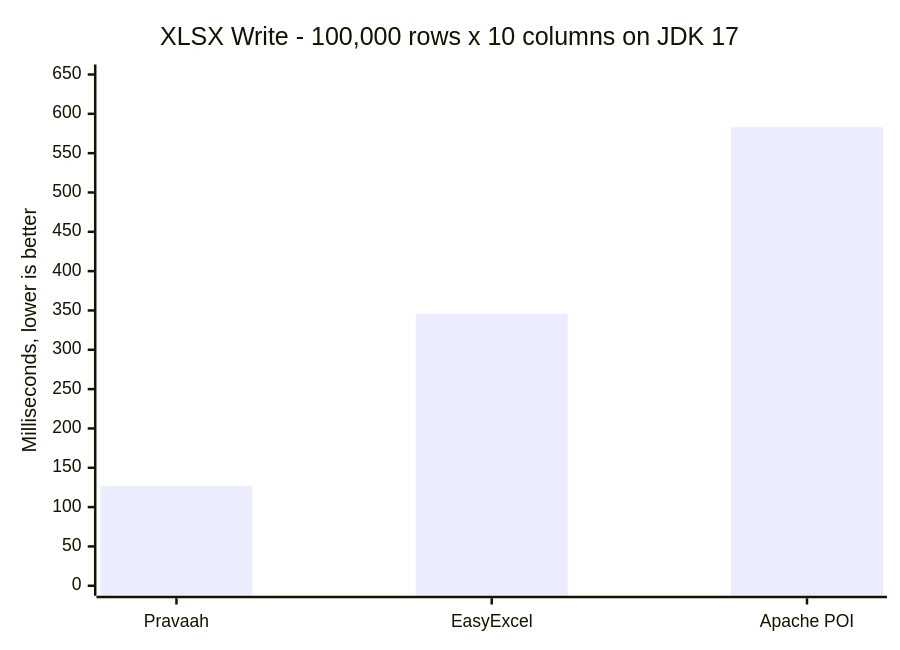
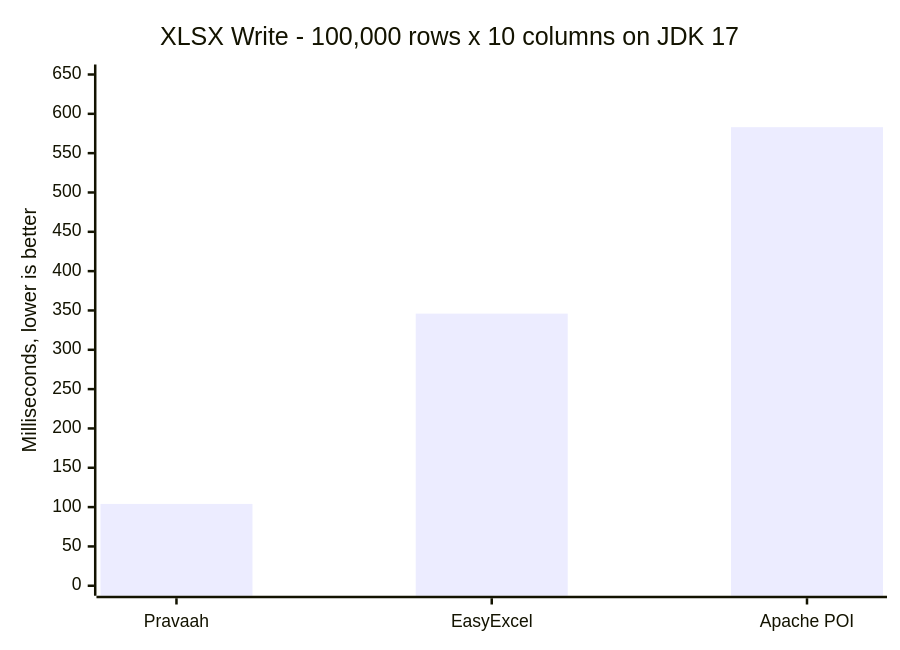
The sixth of 6 diagrams in README.md (beingmartinbmc/pravaah-java), drawn with Mermaid before and after one commit. The commit also changed other lines of this file and 19 other files, not shown here.

````diff
--- a/README.md
+++ b/README.md
@@ -461,7 +461,7 @@
 ```mermaid
 xychart-beta
     title "XLSX Write - 100,000 rows x 10 columns on JDK 17"
     x-axis ["Pravaah", "EasyExcel", "Apache POI"]
     y-axis "Milliseconds, lower is better" 0 --> 650
-    bar [127, 346, 583]
+    bar [104, 346, 583]
 ```
````
